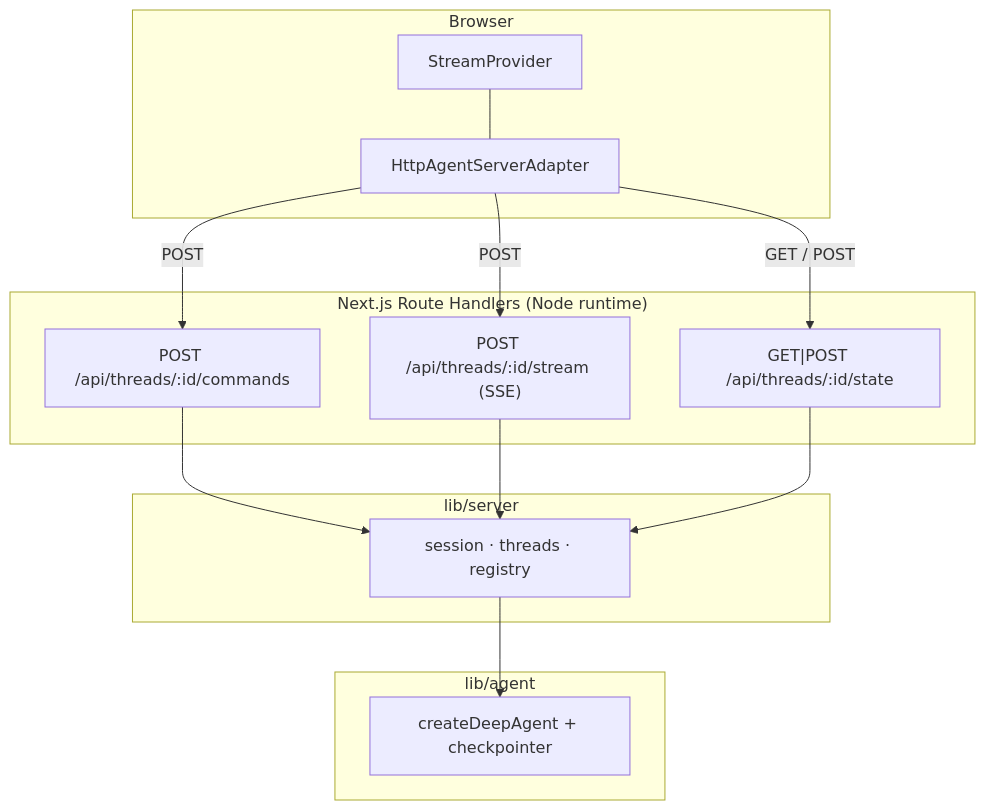
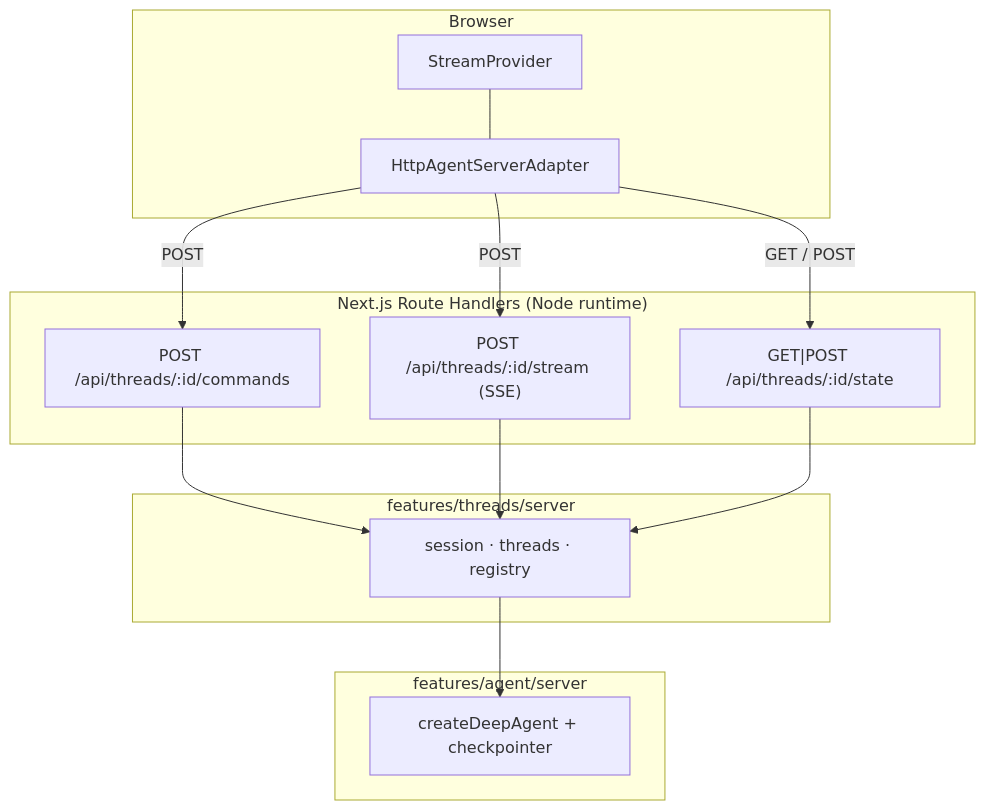
The diagram in README.md (itsmehul/agentic-nextjs-starter), drawn with Mermaid before and after one commit. The commit also changed other lines of this file and 214 other files, not shown here.

````diff
--- a/README.md
+++ b/README.md
@@ -58,30 +58,30 @@
 ```mermaid
 flowchart TB
   subgraph browser["Browser"]
     SP["StreamProvider"]
     HAA["HttpAgentServerAdapter"]
     SP --- HAA
   end
 
   subgraph routes["Next.js Route Handlers (Node runtime)"]
     CMD["POST /api/threads/:id/commands"]
     STR["POST /api/threads/:id/stream (SSE)"]
     STA["GET|POST /api/threads/:id/state"]
   end
 
-  subgraph server["lib/server"]
+  subgraph server["features/threads/server"]
     SRV["session · threads · registry"]
   end
 
-  subgraph agent["lib/agent"]
+  subgraph agent["features/agent/server"]
     AGT["createDeepAgent + checkpointer"]
   end
 
   HAA -->|POST| CMD
   HAA -->|POST| STR
   HAA -->|GET / POST| STA
   CMD --> SRV
   STR --> SRV
   STA --> SRV
   SRV --> AGT
 ```
````
